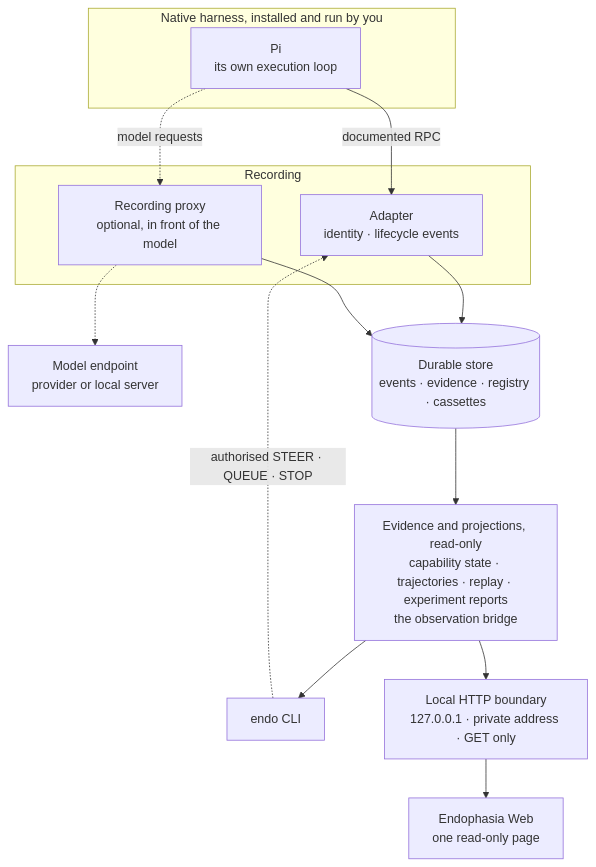
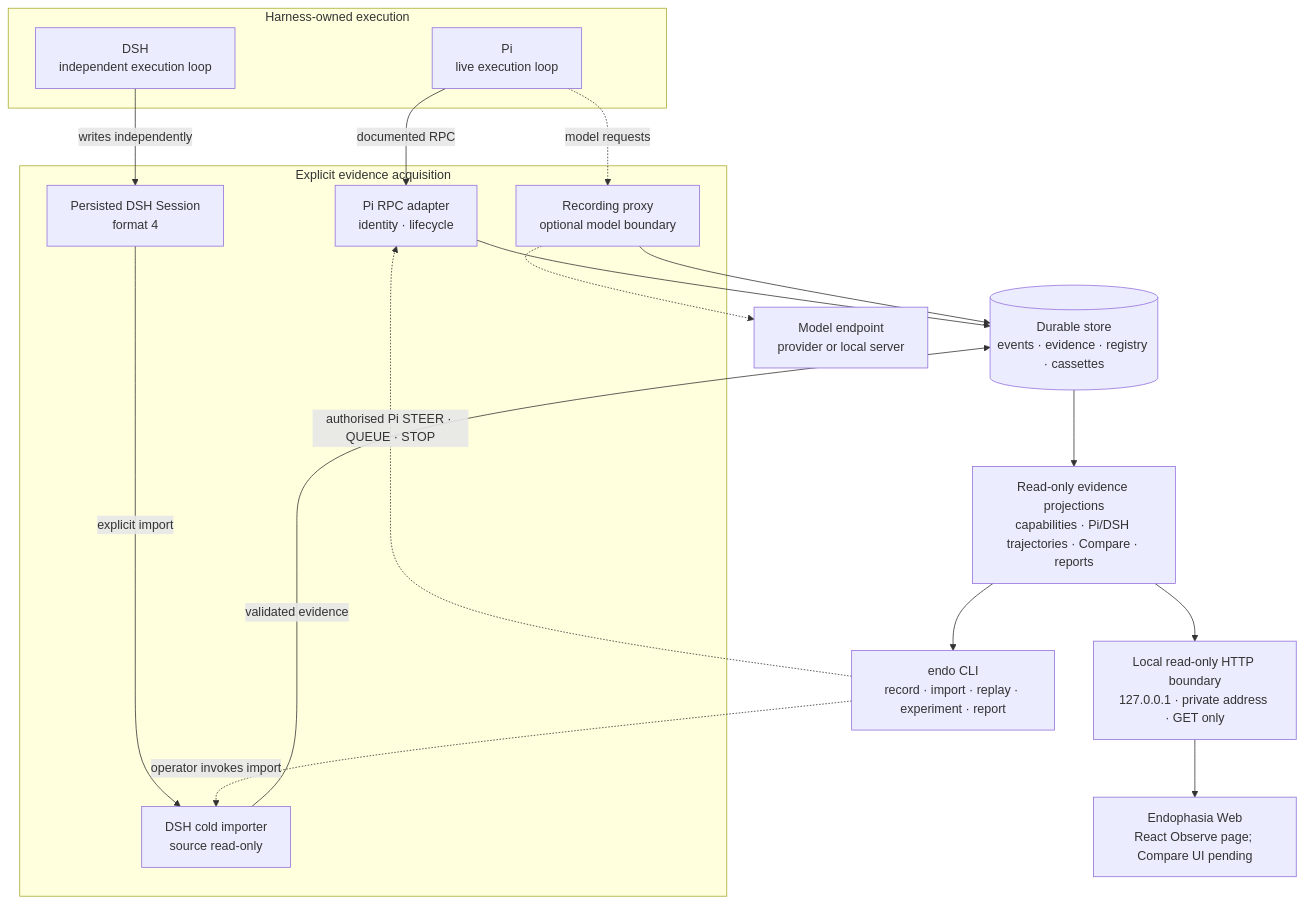
Before and after one commit to noctem-o/endophasia: the diagram in README.md, drawn with Mermaid. The commit also changed other lines of this file, not shown here.

Commit message:
docs: refresh README for merged DSH import and Compare backend

```diff
--- a/README.md
+++ b/README.md
@@ -192,27 +230,34 @@
 ~~~mermaid
 flowchart TB
-    subgraph native["Native harness, installed and run by you"]
-        H["Pi<br/>its own execution loop"]
+    subgraph native["Harness-owned execution"]
+        H["Pi<br/>live execution loop"]
+        D["DSH<br/>independent execution loop"]
     end
-    subgraph record["Recording"]
-        A["Adapter<br/>identity · lifecycle events"]
-        X["Recording proxy<br/>optional, in front of the model"]
+    subgraph acquisition["Explicit evidence acquisition"]
+        A["Pi RPC adapter<br/>identity · lifecycle"]
+        X["Recording proxy<br/>optional model boundary"]
+        L["Persisted DSH Session<br/>format 4"]
+        I["DSH cold importer<br/>source read-only"]
     end
     M["Model endpoint<br/>provider or local server"]
     S[("Durable store<br/>events · evidence · registry · cassettes")]
-    V["Evidence and projections, read-only<br/>capability state · trajectories · replay · experiment reports<br/>the observation bridge"]
-    C["endo CLI"]
-    N["Local HTTP boundary<br/>127.0.0.1 · private address · GET only"]
-    U["Endophasia Web<br/>one read-only page"]
+    V["Read-only evidence projections<br/>capabilities · Pi/DSH trajectories · Compare · reports"]
+    C["endo CLI<br/>record · import · replay · experiment · report"]
+    N["Local read-only HTTP boundary<br/>127.0.0.1 · private address · GET only"]
+    U["Endophasia Web<br/>React Observe page; Compare UI pending"]
 
     H -->|"documented RPC"| A
     H -.->|"model requests"| X
     X -.-> M
+    D -->|"writes independently"| L
+    L -->|"explicit import"| I
     A --> S
     X --> S
+    I -->|"validated evidence"| S
     S --> V
     V --> C
     V --> N
     N --> U
-    C -.->|"authorised STEER · QUEUE · STOP"| A
+    C -.->|"authorised Pi STEER · QUEUE · STOP"| A
+    C -.->|"operator invokes import"| I
 ~~~
```
